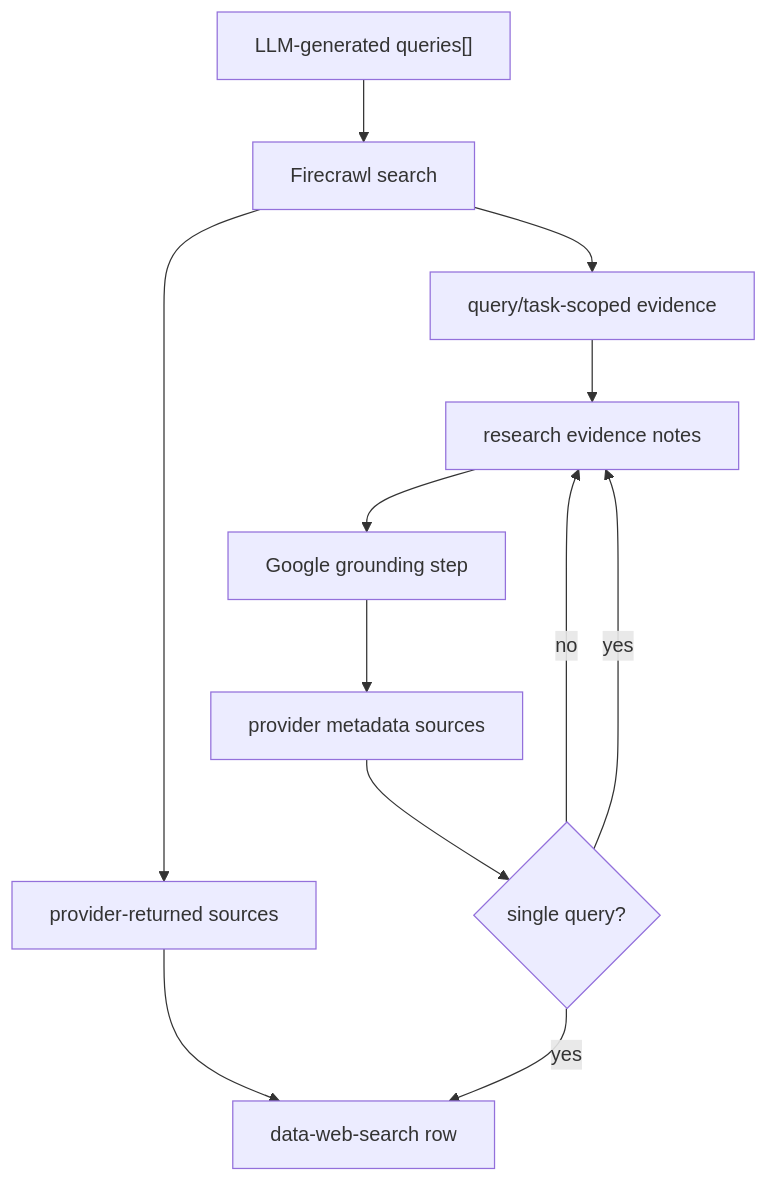
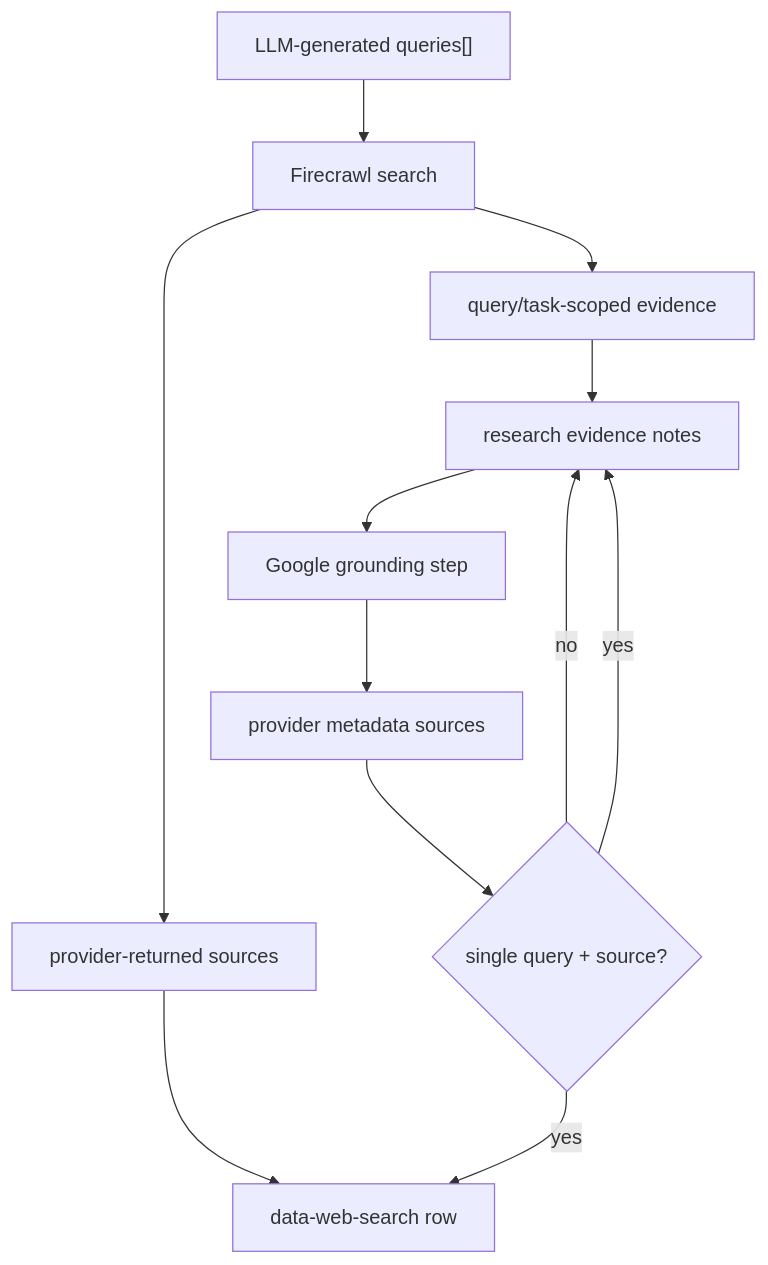
Before and after one commit to nakafaai/nakafa.com: the second of 3 diagrams in packages/ai/agents/docs/query-scoped-search.md, drawn with Mermaid. The commit also changed other lines of this file and 71 other files, not shown here.

````diff
--- a/packages/ai/agents/docs/query-scoped-search.md
+++ b/packages/ai/agents/docs/query-scoped-search.md
@@ -37,14 +39,14 @@
 ```mermaid
 flowchart TD
   Query["LLM-generated queries[]"] --> Firecrawl["Firecrawl search"]
   Firecrawl --> Raw["provider-returned sources"]
   Firecrawl --> Scoped["query/task-scoped evidence"]
   Raw --> UI["data-web-search row"]
   Scoped --> Agent["research evidence notes"]
   Agent --> Google["Google grounding step"]
   Google --> Grounded["provider metadata sources"]
-  Grounded --> Decision{"single query?"}
+  Grounded --> Decision{"single query + source?"}
   Decision -->|yes| UI
   Decision -->|no| Agent
   Decision -->|yes| Agent
 ```
````
